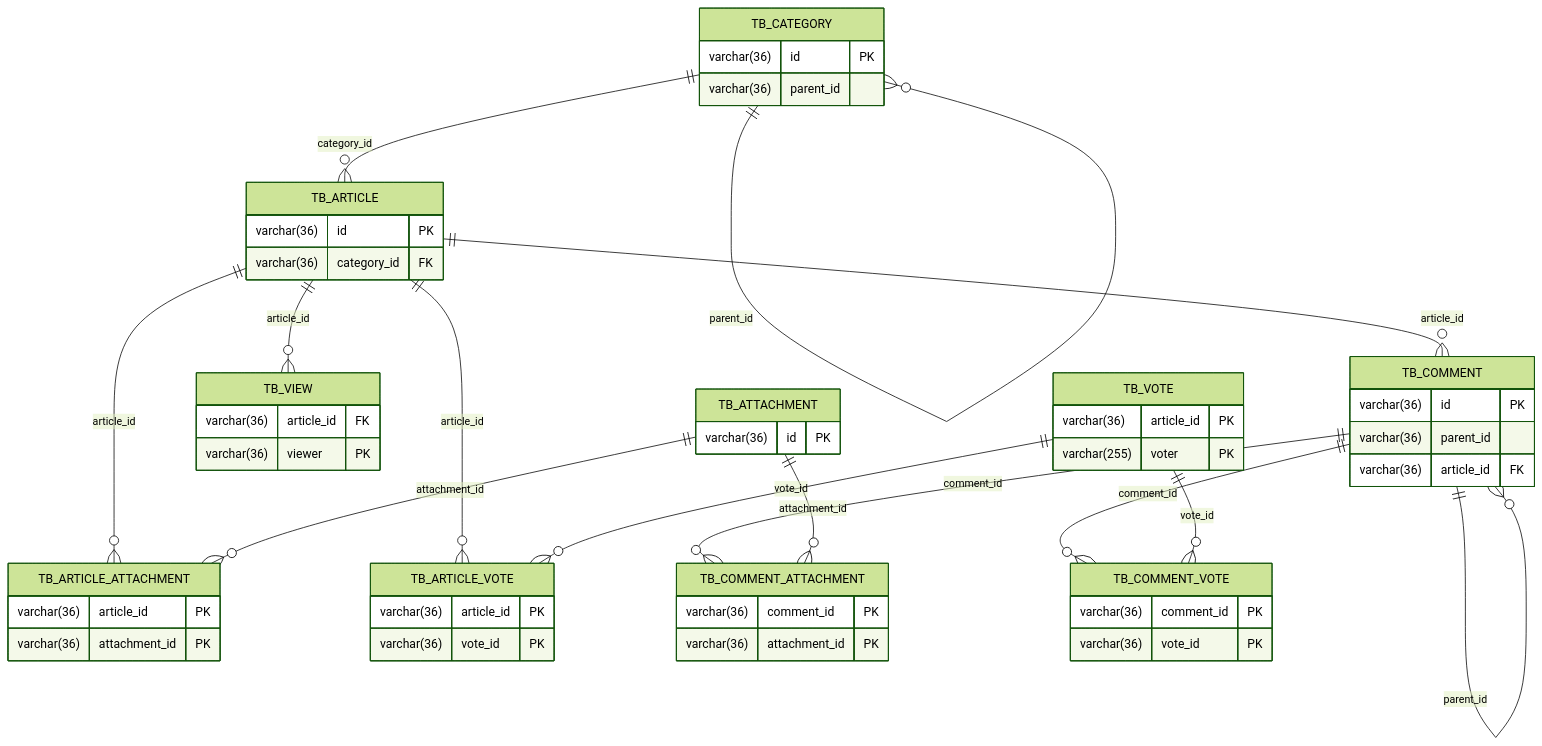
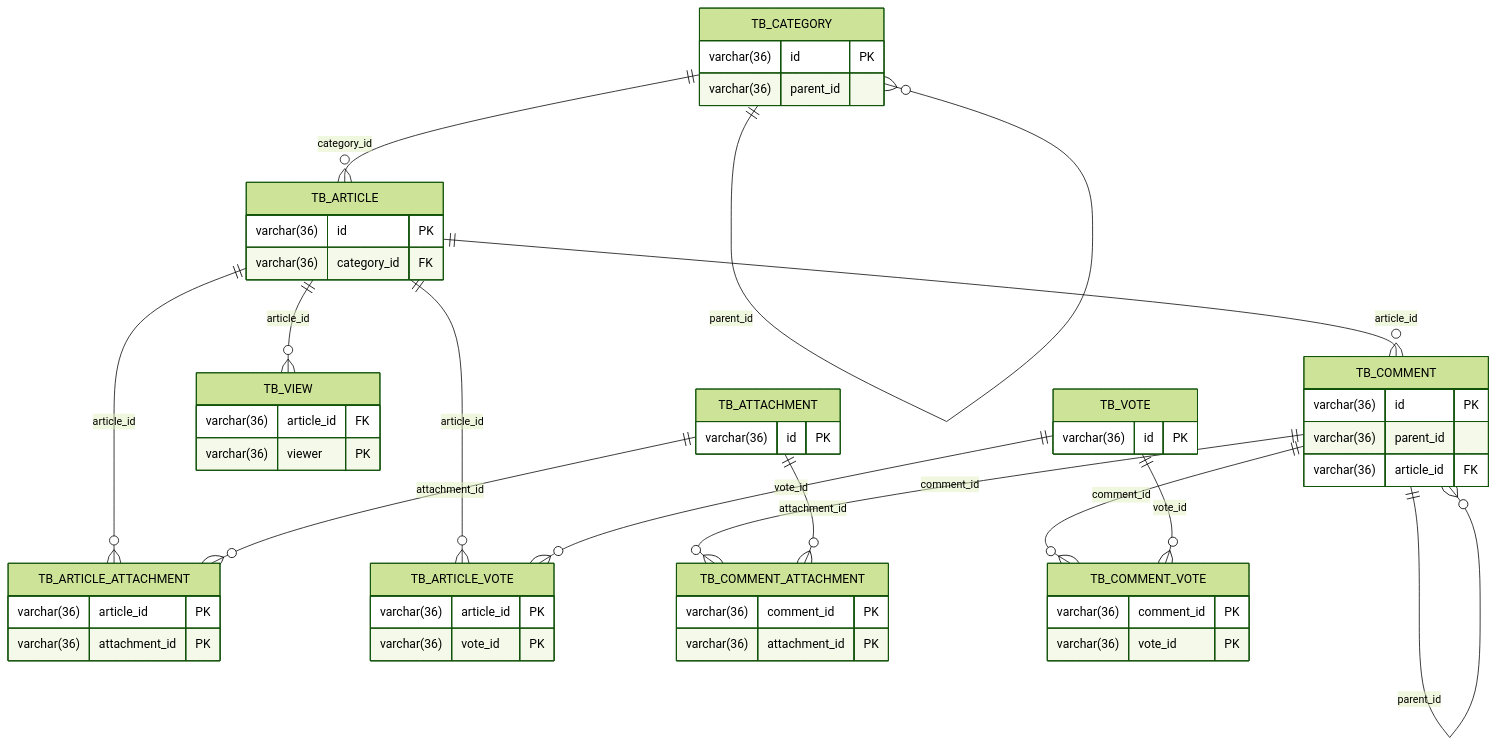
The diagram in src/main/java/com/kalgooksoo/cms/board/BOARD_SERVICE.md (KalGookSoo/spring-boot-cms), drawn with Mermaid (forest theme) before and after one commit. The commit also changed 15 other files, not shown here.

````diff
--- a/src/main/java/com/kalgooksoo/cms/board/BOARD_SERVICE.md
+++ b/src/main/java/com/kalgooksoo/cms/board/BOARD_SERVICE.md
@@ -3,77 +3,76 @@
 ```mermaid
 erDiagram
     TB_CATEGORY ||--o{ TB_CATEGORY : parent_id
     TB_CATEGORY ||--o{ TB_ARTICLE : category_id
     
     TB_ARTICLE ||--o{ TB_COMMENT : article_id
     TB_ARTICLE ||--o{ TB_VIEW : article_id
     TB_ARTICLE ||--o{ TB_ARTICLE_ATTACHMENT : article_id
     TB_ARTICLE ||--o{ TB_ARTICLE_VOTE : article_id
     
     TB_COMMENT ||--o{ TB_COMMENT : parent_id
     TB_COMMENT ||--o{ TB_COMMENT_ATTACHMENT : comment_id
     TB_COMMENT ||--o{ TB_COMMENT_VOTE : comment_id
     
     TB_ATTACHMENT ||--o{ TB_ARTICLE_ATTACHMENT : attachment_id
     TB_ATTACHMENT ||--o{ TB_COMMENT_ATTACHMENT : attachment_id
 
     TB_VOTE ||--o{ TB_ARTICLE_VOTE : vote_id
     TB_VOTE ||--o{ TB_COMMENT_VOTE : vote_id
         
     %% 카테고리
     TB_CATEGORY {
         varchar(36) id PK
         varchar(36) parent_id
     }
 
     %% 게시글
     TB_ARTICLE {
         varchar(36) id PK
         varchar(36) category_id FK
     }
 
     %% 댓글
     TB_COMMENT {
         varchar(36) id PK
         varchar(36) parent_id
         varchar(36) article_id FK
     }
 
     %% 조회
     TB_VIEW {
         varchar(36) article_id FK
         varchar(36) viewer PK
     }
 
     %% 투표
     TB_VOTE {
-        varchar(36) article_id PK
-        varchar(255) voter PK
+        varchar(36) id PK
     }
 
     TB_ARTICLE_VOTE {
         varchar(36) article_id PK
         varchar(36) vote_id PK
     }
         
     TB_COMMENT_VOTE {
         varchar(36) comment_id PK
         varchar(36) vote_id PK
     }
     
     %% 첨부파일
     TB_ATTACHMENT {
         varchar(36) id PK
     }
     
     TB_ARTICLE_ATTACHMENT {
         varchar(36) article_id PK
         varchar(36) attachment_id PK
     }
 
     TB_COMMENT_ATTACHMENT {
         varchar(36) comment_id PK
         varchar(36) attachment_id PK
     }
 
 ```
````
